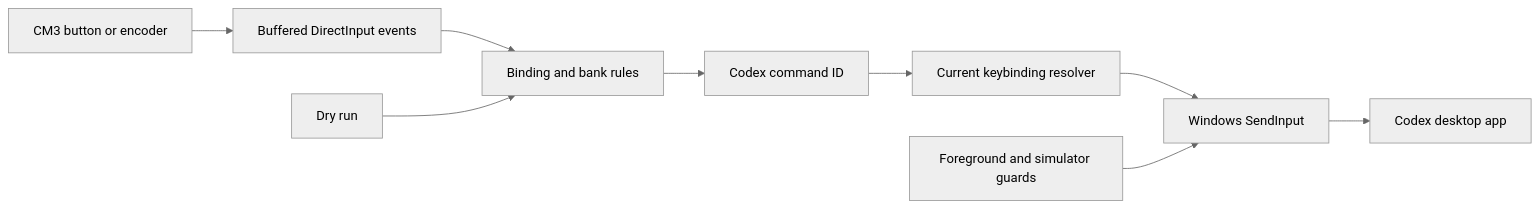
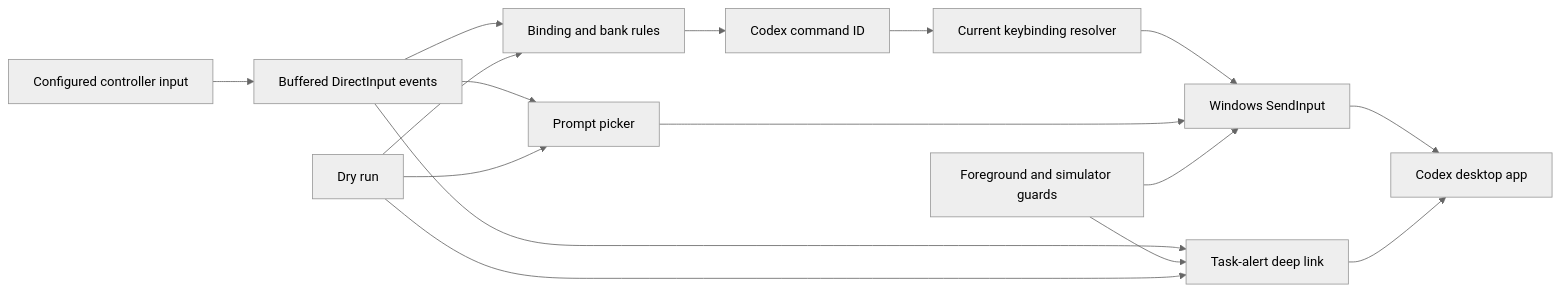
Before and after one commit to Mattie/joydex: the diagram in README.md, drawn with Mermaid (neutral theme). The commit also changed other lines of this file and 4 other files, not shown here.

````diff
--- a/README.md
+++ b/README.md
@@ -23,11 +23,18 @@
 ```mermaid
 flowchart LR
-    A["CM3 button or encoder"] --> B["Buffered DirectInput events"]
+    A["Configured controller input"] --> B["Buffered DirectInput events"]
     B --> C["Binding and bank rules"]
     C --> D["Codex command ID"]
     D --> E["Current keybinding resolver"]
     E --> F["Windows SendInput"]
     F --> G["Codex desktop app"]
+    B --> P["Prompt picker"]
+    P --> F
+    B --> T["Task-alert deep link"]
+    T --> G
     H["Foreground and simulator guards"] --> F
+    H --> T
     I["Dry run"] --> C
+    I --> P
+    I --> T
 ```
````
